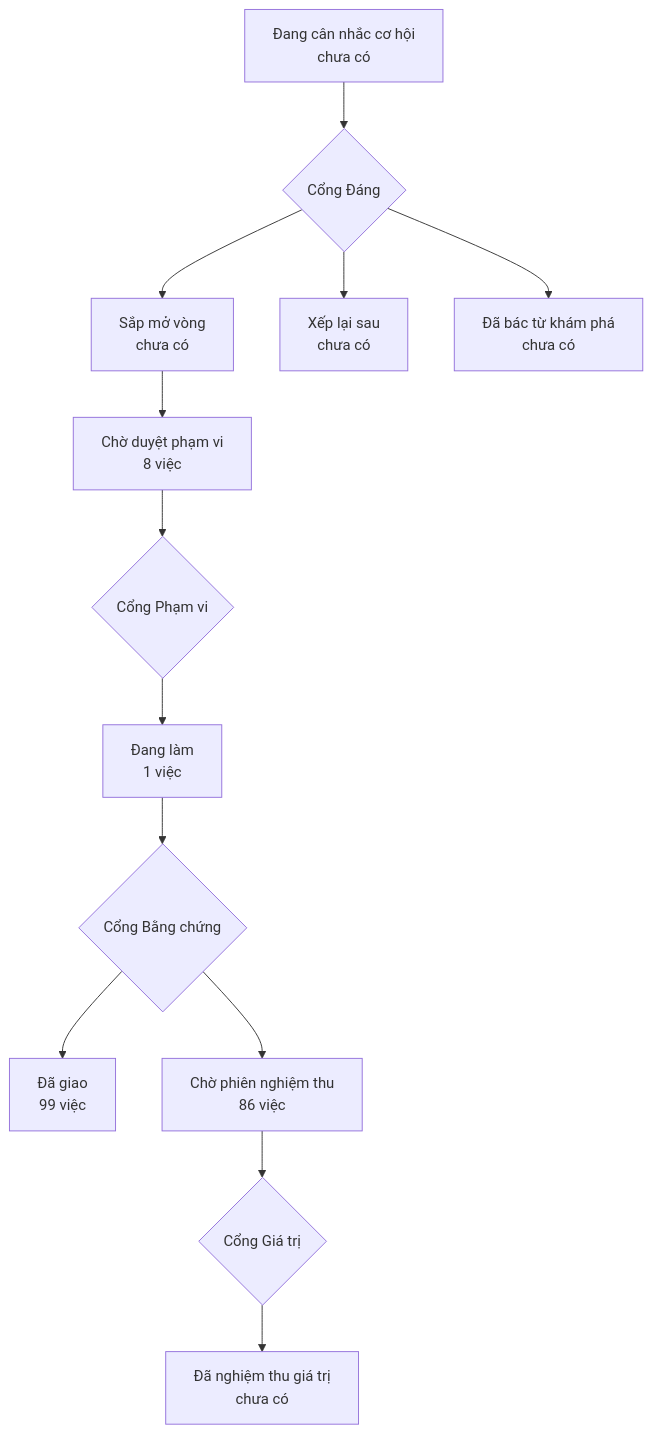
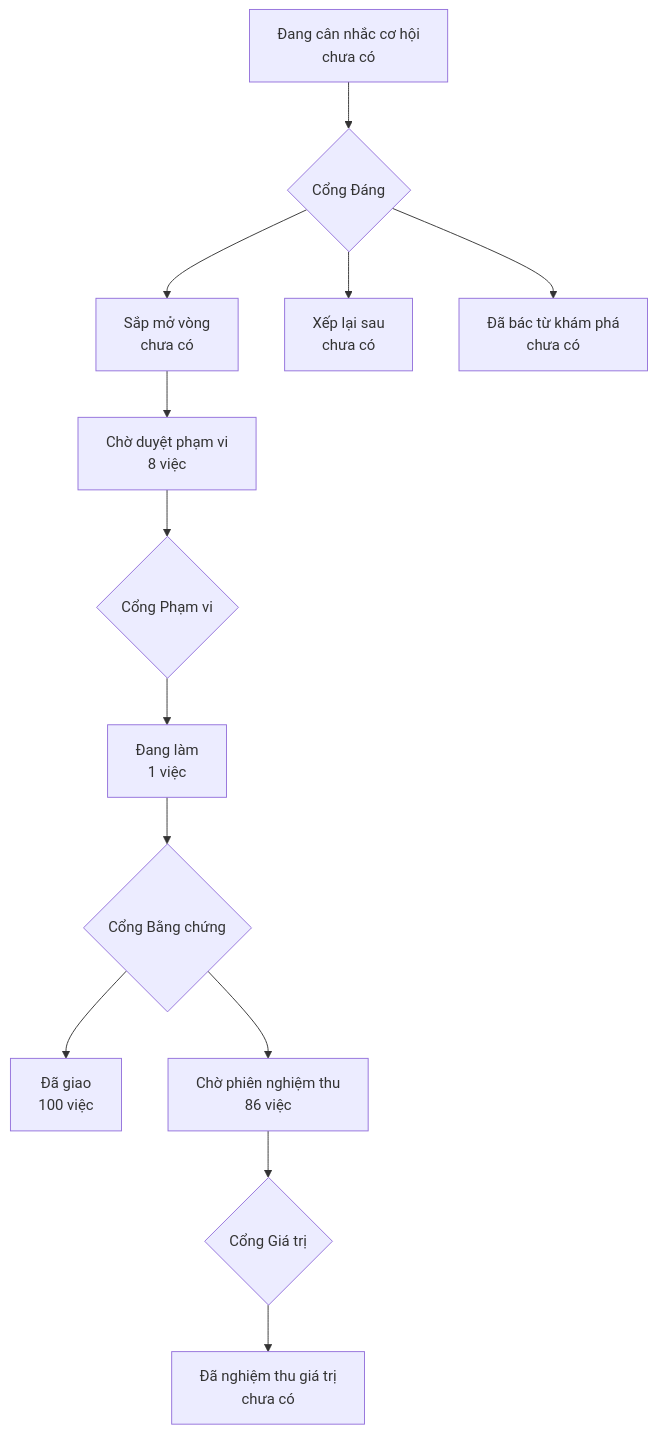
One commit to phanlemanh/onehub-invest changed the diagram in PRODUCT-MAP.md. Above: the diagram before and after it, drawn with Mermaid. The commit also changed other lines of this file and 1 other file, not shown here.

Commit message:
chore(acceptance): vẽ lại bản đồ sau gộp main

````diff
--- a/PRODUCT-MAP.md
+++ b/PRODUCT-MAP.md
@@ -7,12 +7,12 @@
 ```mermaid
 flowchart TD
   A["Đang cân nhắc cơ hội<br/>chưa có"] --> GD{"Cổng Đáng"}
   GD --> B["Sắp mở vòng<br/>chưa có"]
   GD --> XL["Xếp lại sau<br/>chưa có"]
   GD --> DB["Đã bác từ khám phá<br/>chưa có"]
   B --> CD["Chờ duyệt phạm vi<br/>8 việc"] --> GP{"Cổng Phạm vi"}
   GP --> DL["Đang làm<br/>1 việc"] --> GB{"Cổng Bằng chứng"}
-  GB --> DG["Đã giao<br/>99 việc"]
+  GB --> DG["Đã giao<br/>100 việc"]
   GB --> CN["Chờ phiên nghiệm thu<br/>86 việc"] --> GG{"Cổng Giá trị"}
   GG --> NT["Đã nghiệm thu giá trị<br/>chưa có"]
 ```
````
